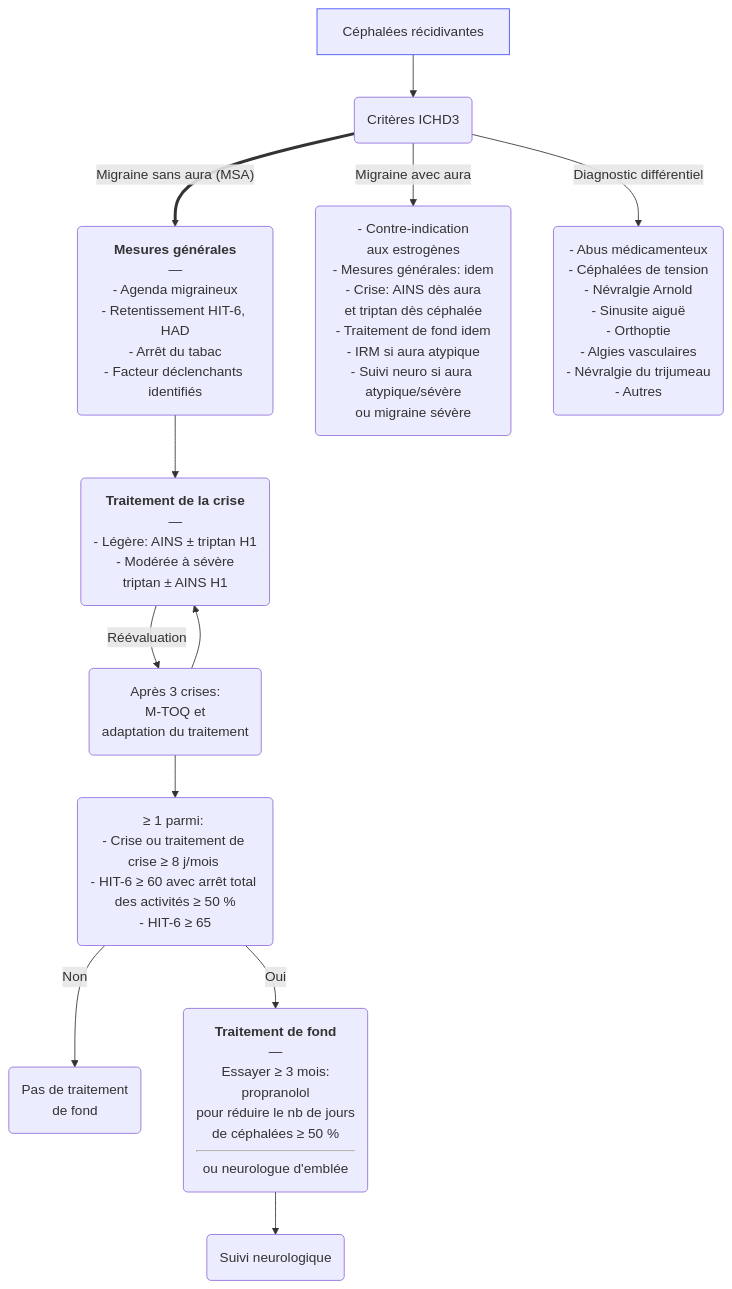
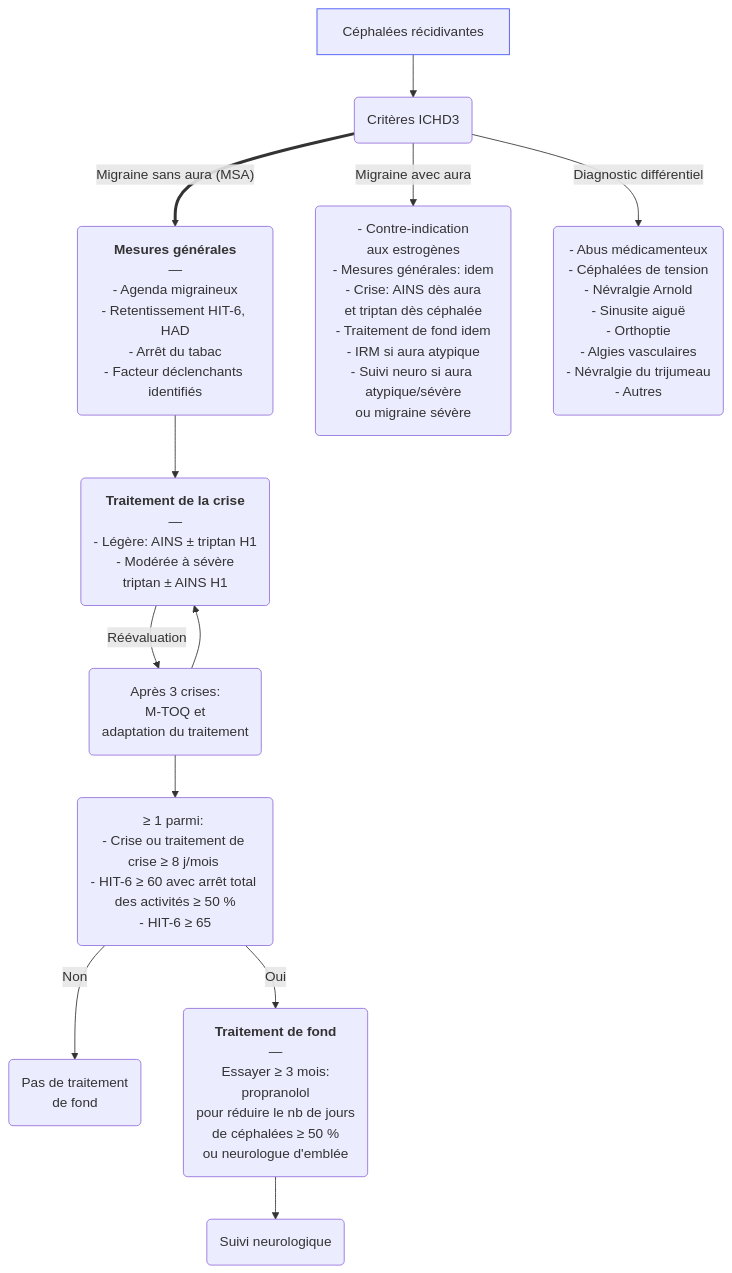
Before and after one commit to djibe/recommandations-medicales: the diagram in content/recommandations/migraine.md, drawn with Mermaid. The commit also changed 7 other files, not shown here.

```diff
--- a/content/recommandations/migraine.md
+++ b/content/recommandations/migraine.md
@@ -601,12 +601,12 @@
 {{< mermaid title="Prise en charge de la migraine par le médecin généraliste. Dr JB Fron d'après SFEMC" >}}
 graph TB
   céphalées[Céphalées récidivantes] --> ichd3(Critères ICHD3)
   style céphalées stroke:#4150f5, stroke-width:1px
     ichd3 == "Migraine sans aura (MSA)" ==> générales("<strong>Mesures générales</strong><br>—<br>- Agenda migraineux<br>- Retentissement HIT-6, HAD<br>- Arrêt du tabac<br>- Facteur déclenchants identifiés")
       générales --> crise("<strong>Traitement de la crise</strong><br>—<br>- Légère: AINS ± triptan H1<br>- Modérée à sévère<br>triptan ± AINS H1")
       crise -- Réévaluation --> reevaluation("Après 3 crises:<br>M-TOQ et<br>adaptation du traitement") --> crise
       reevaluation --> chronique("≥ 1 parmi: <br>- Crise ou traitement de crise ≥ 8 j/mois <br>- HIT-6 ≥ 60 avec arrêt total des activités ≥ 50 %<br>- HIT-6 ≥ 65") -- Non --> pasFond(Pas de traitement<br>de fond)
-        chronique -- Oui --> fond("<strong>Traitement de fond</strong><br>—<br>Essayer ≥ 3 mois:<br>propranolol <br>pour réduire le nb de jours<br>de céphalées ≥ 50 %<hr>ou neurologue d'emblée") --> neuro("Suivi neurologique")
+        chronique -- Oui --> fond("<strong>Traitement de fond</strong><br>—<br>Essayer ≥ 3 mois:<br>propranolol <br>pour réduire le nb de jours<br>de céphalées ≥ 50 %<br>ou neurologue d'emblée") --> neuro("Suivi neurologique")
     ichd3 -- Migraine avec aura --> aura("- Contre-indication<br>aux estrogènes<br>- Mesures générales: idem<br>- Crise: AINS dès aura<br>et triptan dès céphalée<br>- Traitement de fond idem<br>- IRM si aura atypique<br>- Suivi neuro si aura atypique/sévère<br>ou migraine sévère")
     ichd3 -- Diagnostic différentiel --> differentiel("- Abus médicamenteux<br>- Céphalées de tension<br>- Névralgie Arnold<br>- Sinusite aiguë<br>- Orthoptie<br>- Algies vasculaires<br>- Névralgie du trijumeau<br>- Autres")
 {{< /mermaid >}}
```
